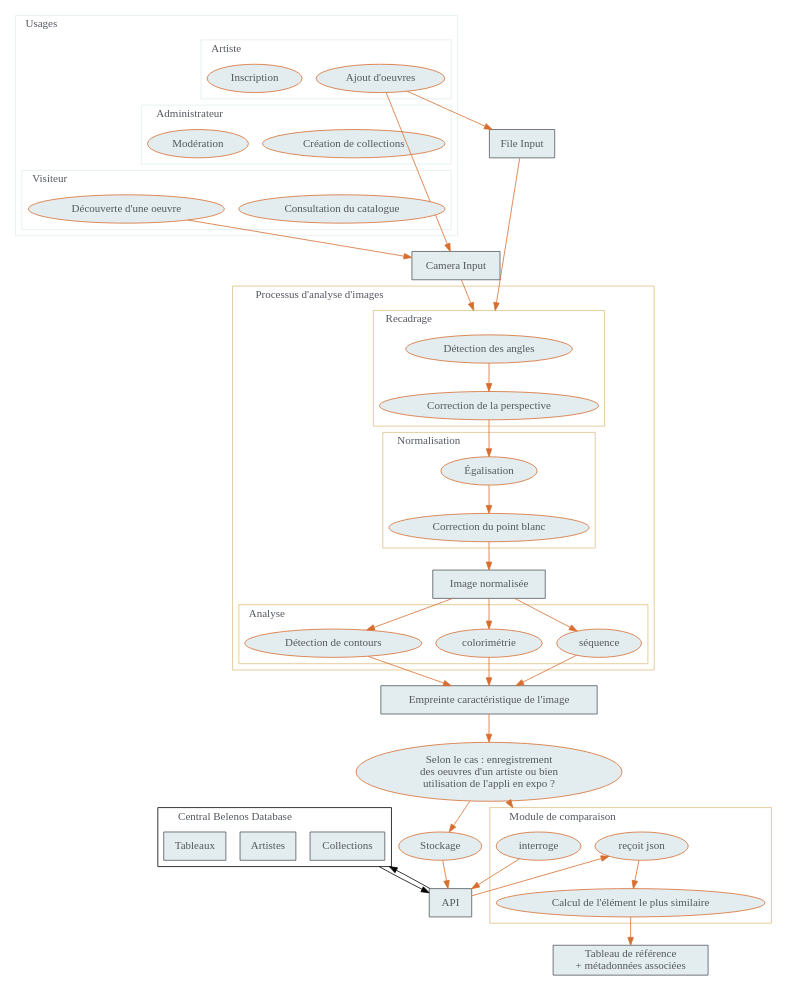
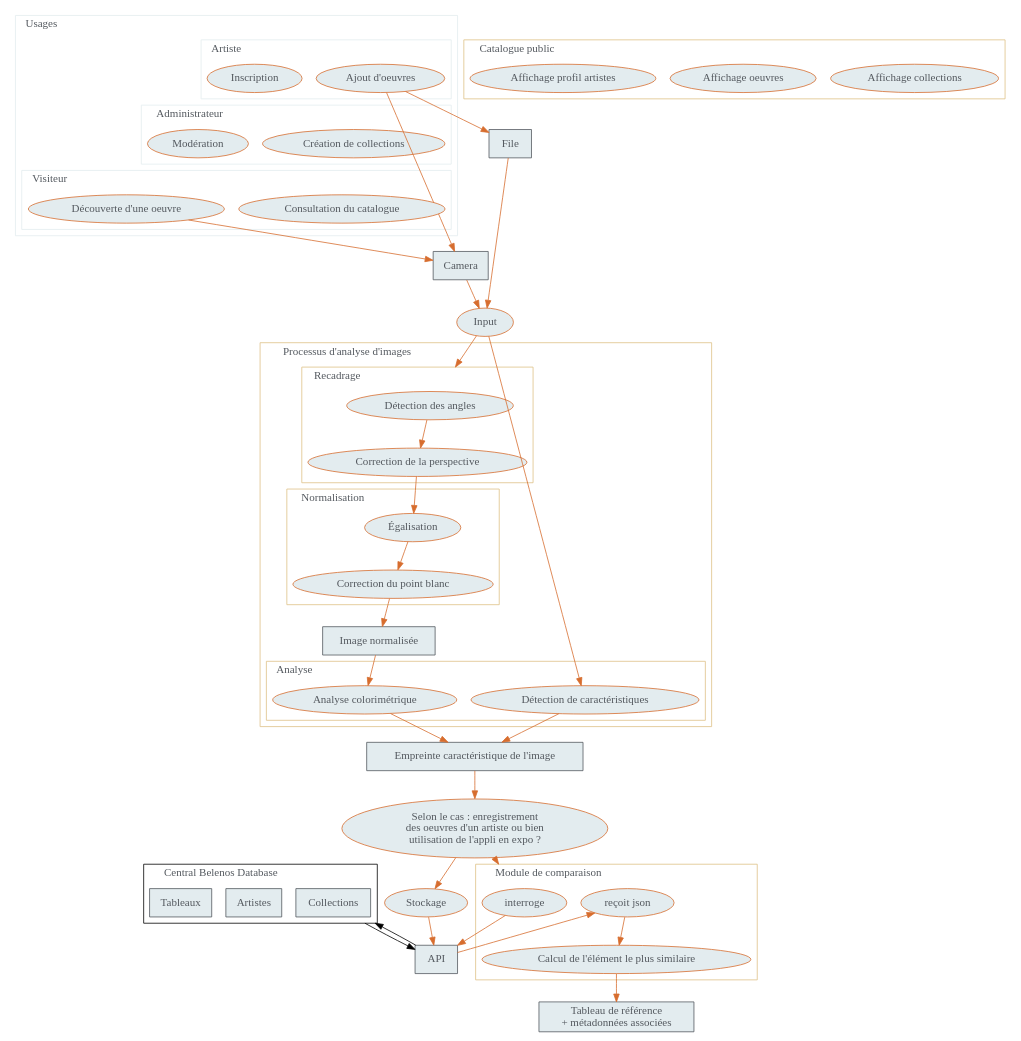
One commit to corbin-c/art-recognition-tool changed the diagram in belenos.dot. Above: the diagram before and after it, drawn with Graphviz. The commit also changed 1 other file, not shown here.

Commit message:
upd process graph

```diff
--- a/belenos.dot
+++ b/belenos.dot
@@ -1,114 +1,118 @@
 digraph G {
   fontcolor="#54595f";
   fontname="Daniel Black";
   labeljust="l";
   compound=true;
   splines=false;
   edge [color="#d76d2e";];
   node [style="filled";fillcolor="#e3ecef";color="#d76d2e";fontcolor="#54595f";fontname="Daniel Black";];
   subgraph cluster_0 {
     color=black;
     label = "Central Belenos Database";
     Collections [shape=box; color="#54595f"];
     Artistes [shape=box; color="#54595f"];
     Tableaux [shape=box; color="#54595f"];
   }
   subgraph cluster_1 {
     color="#dec186";
     label = "Module de comparaison";
     "interroge";
     "reçoit json";
     "reçoit json" -> "Calcul de l'élément le plus similaire";
     }
-
   subgraph cluster_2 {
     color="#dec186";
     label = "Processus d'analyse d'images";
     subgraph cluster_3 {
       style=filled;
       fillcolor=white;
       color="#dec186";
       "Détection des angles" -> "Correction de la perspective"
       label = "Recadrage";
     }
     
     subgraph cluster_4 {
       style=filled;
       fillcolor=white;
       color="#dec186";
       "Égalisation" -> "Correction du point blanc"
       label = "Normalisation";
     }
 
     subgraph cluster_5 {
       style=filled;
       fillcolor=white;
       color="#dec186";
-      "séquence";
-      "colorimétrie";
-      "Détection de contours";
+      "Analyse colorimétrique";
+      "Détection de caractéristiques";
       label = "Analyse";
     }
     "Image normalisée" [shape=box; color="#54595f"];
     "Correction de la perspective" -> "Égalisation";
     "Correction du point blanc" -> "Image normalisée";
-    "Image normalisée" -> "séquence";
-    "Image normalisée" -> "colorimétrie";
-    "Image normalisée" -> "Détection de contours";
+    "Image normalisée" -> "Analyse colorimétrique";
   }
   subgraph cluster_9 {
   edge[style=invis];
   "Ajout d'oeuvres" -> "Création de collections";
   "Modération" -> "Consultation du catalogue";
   subgraph cluster_6 {
     style=filled;
     fillcolor=white;
     color="#e3ecef";
     "Inscription"
     "Ajout d'oeuvres"
     label = "Artiste";
   }
   subgraph cluster_7 {
     style=filled;
     fillcolor=white;
     color="#e3ecef";
     "Création de collections"
     "Modération"
     label = "Administrateur";
   }
   subgraph cluster_8 {
     style=filled;
     fillcolor=white;
     color="#e3ecef";
     "Consultation du catalogue"
     "Découverte d'une oeuvre"
     label = "Visiteur";
   }
   label = "Usages";
   style=filled;
   fillcolor=white;
   color="#e3ecef";
   }
-  "Découverte d'une oeuvre" -> "Camera Input";
-  "Ajout d'oeuvres" -> "File Input";
-  "Ajout d'oeuvres" -> "Camera Input";
+  subgraph cluster_10 {
+    color="#dec186";
+    label = "Catalogue public";
+    "Affichage collections";
+    "Affichage oeuvres";
+    "Affichage profil artistes";
+  }
+  "Input" -> "Détection de caractéristiques";
+  "Découverte d'une oeuvre" -> "Camera";
+  "Ajout d'oeuvres" -> "File";
+  "Ajout d'oeuvres" -> "Camera";
   "API" -> "reçoit json";
   "API" [shape=box; color="#54595f"];
-  "Camera Input" [shape=box; color="#54595f"];
-  "File Input" [shape=box; color="#54595f"];
+  "Camera" [shape=box; color="#54595f"];
+  "File" [shape=box; color="#54595f"];
   "Empreinte caractéristique de l'image" [shape=box; color="#54595f"];
   "interroge"->"API"
-  "Camera Input" -> "Détection des angles" [lhead=cluster_3];
-  "File Input" -> "Détection des angles" [lhead=cluster_3];
-  "séquence" -> "Empreinte caractéristique de l'image";
-  "colorimétrie" -> "Empreinte caractéristique de l'image";
-  "Détection de contours" -> "Empreinte caractéristique de l'image";
+  "Camera" -> "Input";
+  "File" -> "Input";
+  "Input" -> "Détection des angles" [lhead=cluster_3]; 
+  "Analyse colorimétrique" -> "Empreinte caractéristique de l'image";
+  "Détection de caractéristiques" -> "Empreinte caractéristique de l'image";
   "Empreinte caractéristique de l'image" -> "Selon le cas : enregistrement\ndes oeuvres d'un artiste ou bien\nutilisation de l'appli en expo ?";
   "Selon le cas : enregistrement\ndes oeuvres d'un artiste ou bien\nutilisation de l'appli en expo ?" -> "Stockage";
   "Selon le cas : enregistrement\ndes oeuvres d'un artiste ou bien\nutilisation de l'appli en expo ?" -> "interroge"[lhead=cluster_1];
   "Stockage" -> "API"
   "API" -> Collections [color=black; lhead=cluster_0];
   Collections -> "API" [color=black; ltail=cluster_0];
   "Tableau de référence\n + métadonnées associées" [shape=box; color="#54595f"];
   "Calcul de l'élément le plus similaire" -> "Tableau de référence\n + métadonnées associées";
 }
```
